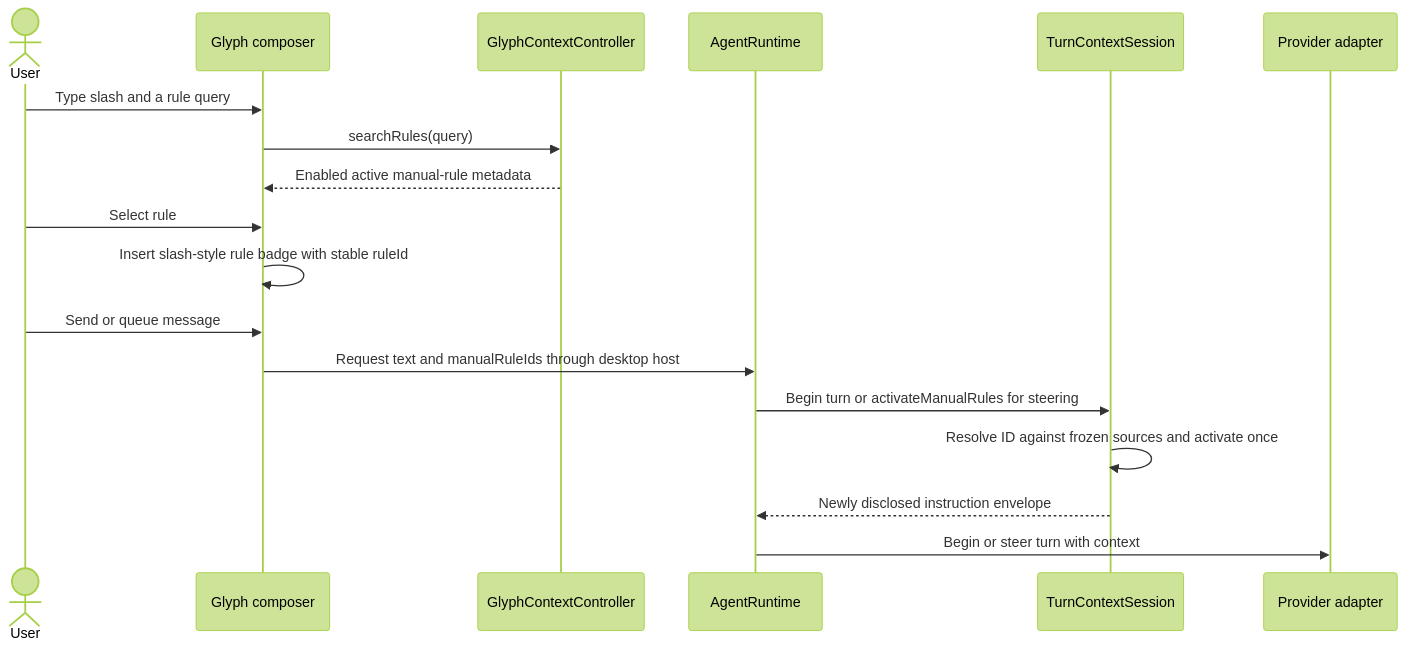
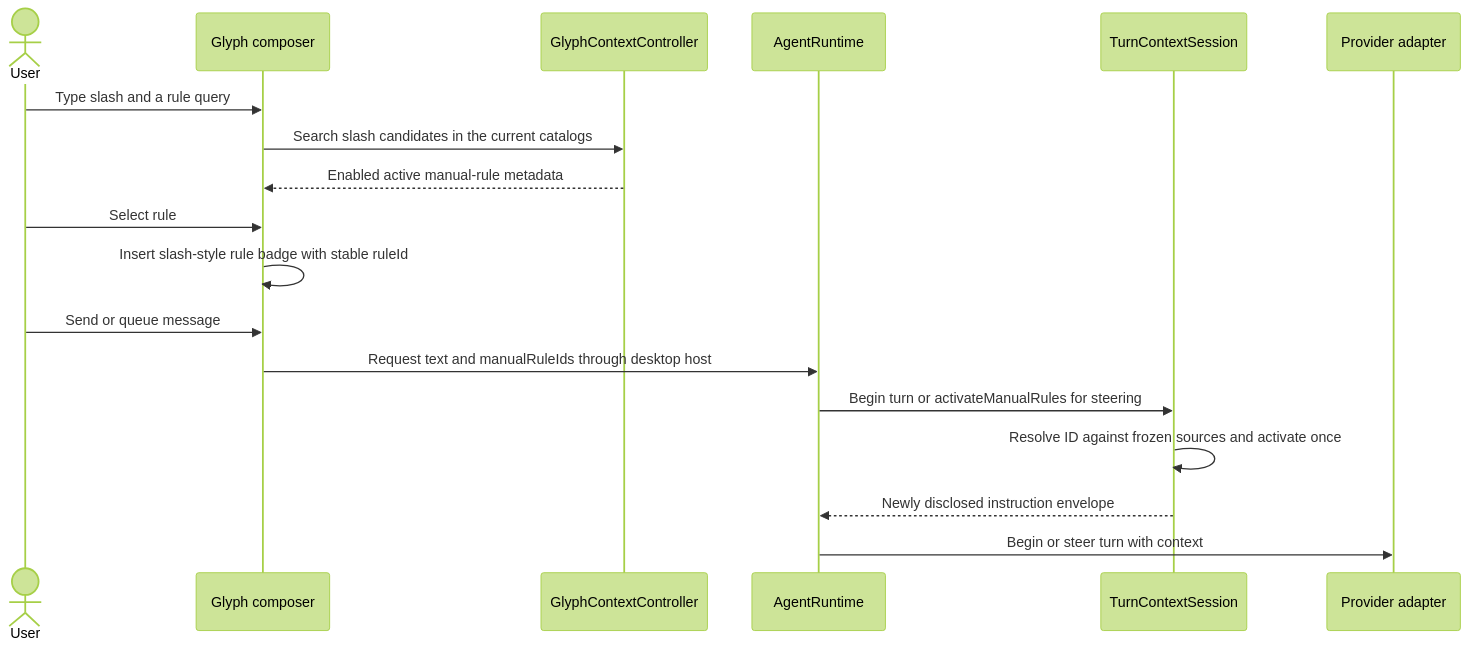
One commit to danceroutine/Glyph changed the fourth of 10 diagrams in docs/AGENT_INSTRUCTIONS.md. Above: the diagram before and after it, drawn with Mermaid (forest theme). The commit also changed other lines of this file and 332 other files, not shown here.

````diff
--- a/docs/AGENT_INSTRUCTIONS.md
+++ b/docs/AGENT_INSTRUCTIONS.md
@@ -171,21 +170,21 @@
 ```mermaid
 sequenceDiagram
     actor User
     participant Composer as Glyph composer
     participant Controller as GlyphContextController
     participant Runtime as AgentRuntime
     participant Session as TurnContextSession
     participant Adapter as Provider adapter
 
     User->>Composer: Type slash and a rule query
-    Composer->>Controller: searchRules(query)
+    Composer->>Controller: Search slash candidates in the current catalogs
     Controller-->>Composer: Enabled active manual-rule metadata
     User->>Composer: Select rule
     Composer->>Composer: Insert slash-style rule badge with stable ruleId
     User->>Composer: Send or queue message
     Composer->>Runtime: Request text and manualRuleIds through desktop host
     Runtime->>Session: Begin turn or activateManualRules for steering
     Session->>Session: Resolve ID against frozen sources and activate once
     Session-->>Runtime: Newly disclosed instruction envelope
     Runtime->>Adapter: Begin or steer turn with context
 ```
````
